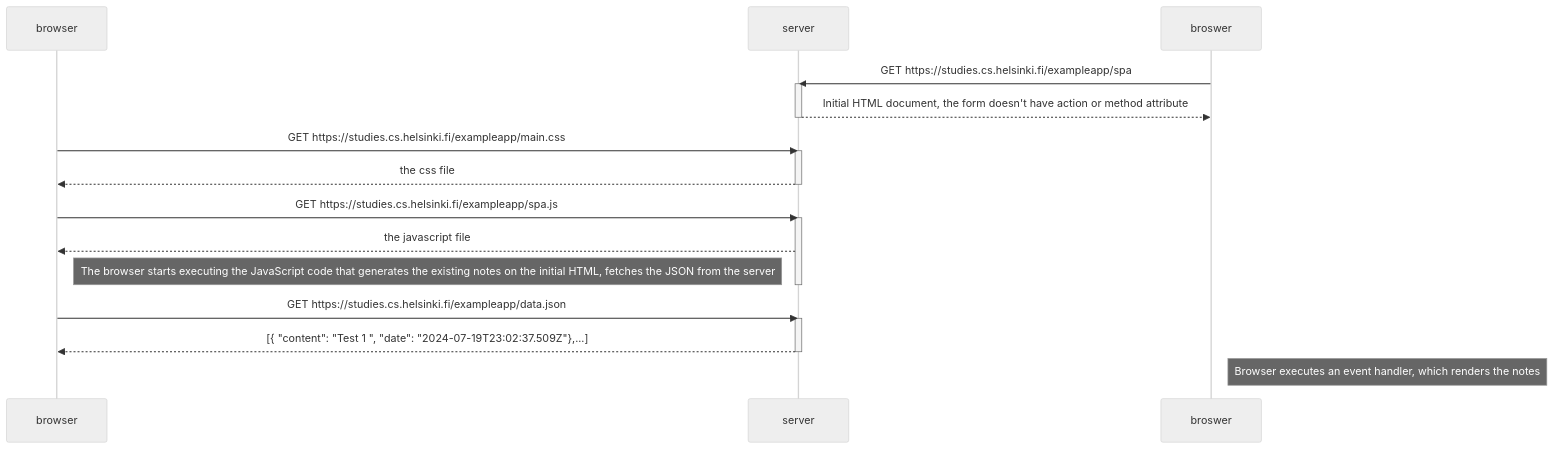
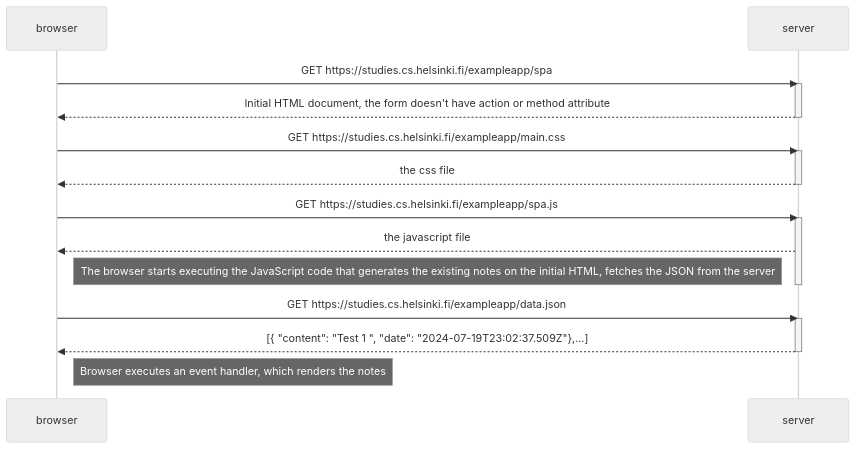
Before and after one commit to ilrn14/Fullstackopen: the diagram in Part0/0.5.md, drawn with Mermaid (neutral theme).

````diff
--- a/Part0/0.5.md
+++ b/Part0/0.5.md
@@ -1,29 +1,29 @@
 ```mermaid
 
 sequenceDiagram
 
     participant browser
     participant server 
 
-    broswer->>server: GET https://studies.cs.helsinki.fi/exampleapp/spa
+    browser->>server: GET https://studies.cs.helsinki.fi/exampleapp/spa
     activate server
-    server-->>broswer: Initial HTML document, the form doesn't have action or method attribute
+    server-->>browser: Initial HTML document, the form doesn't have action or method attribute
     deactivate server
 
     browser->>server: GET https://studies.cs.helsinki.fi/exampleapp/main.css
     activate server
     server-->>browser: the css file
     deactivate server 
 
     browser->>server: GET https://studies.cs.helsinki.fi/exampleapp/spa.js
     activate server
     server-->>browser: the javascript file
     Note right of browser: The browser starts executing the JavaScript code that generates the existing notes on the initial HTML, fetches the JSON from the server 
     deactivate server
 
     browser->>server: GET https://studies.cs.helsinki.fi/exampleapp/data.json
     activate server
     server-->>browser: [{ "content": "Test 1 ", "date": "2024-07-19T23:02:37.509Z"},...]
     deactivate server
-    Note right of broswer: Browser executes an event handler, which renders the notes 
+    Note right of browser: Browser executes an event handler, which renders the notes 
 ```
````
